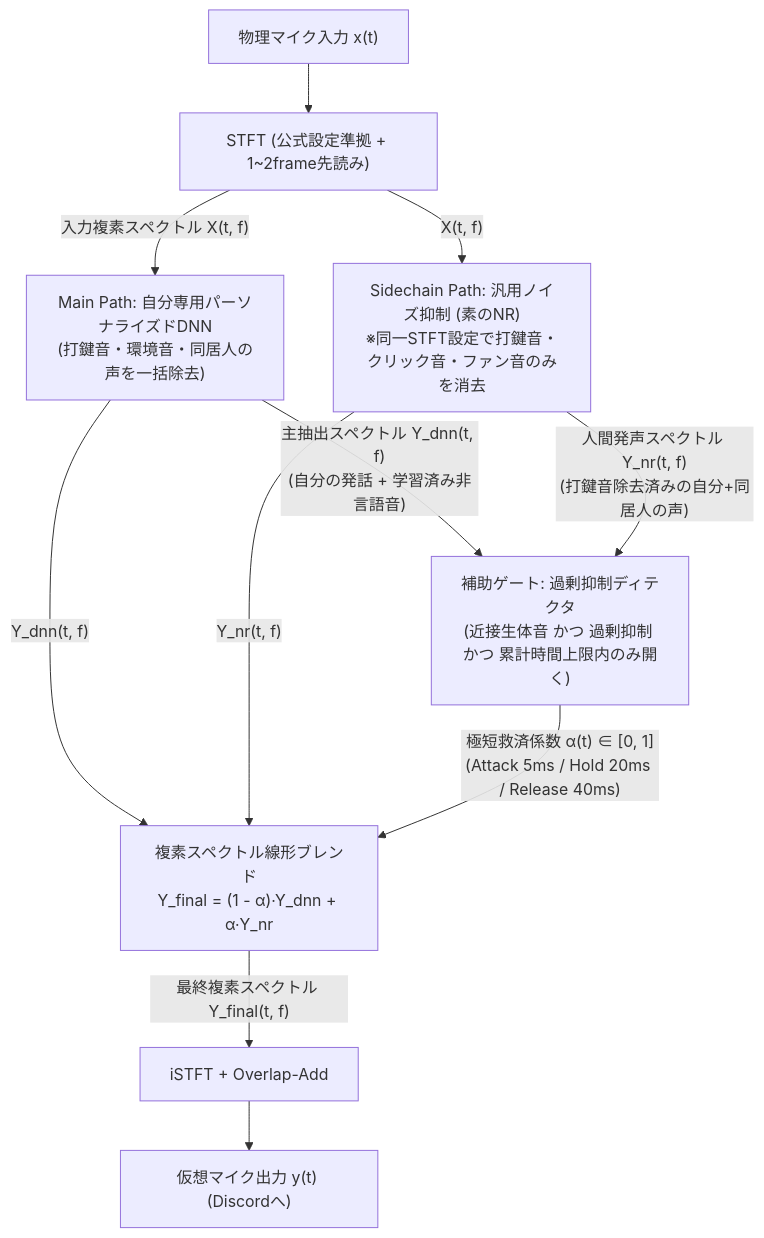
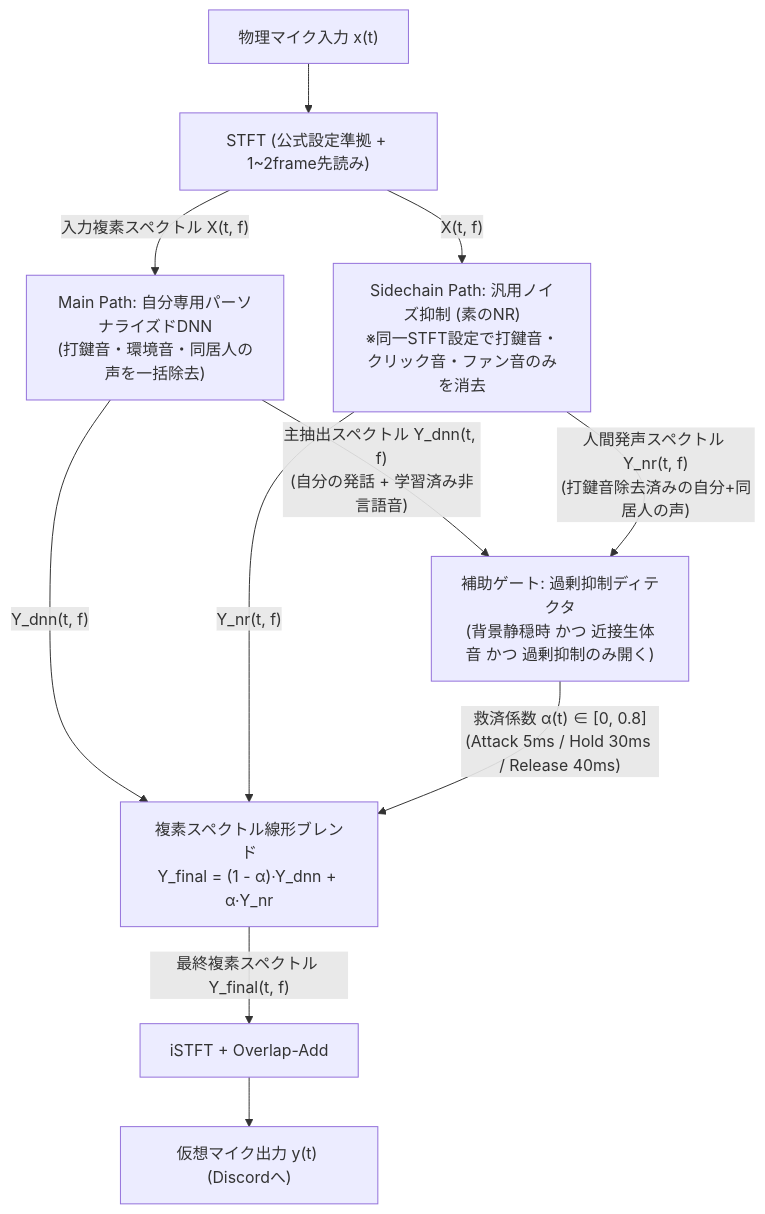
The diagram in docs/01_architecture.md (amemya/bubble-mic), drawn with Mermaid before and after one commit. The commit also changed other lines of this file and 3 other files, not shown here.

````diff
--- a/docs/01_architecture.md
+++ b/docs/01_architecture.md
@@ -24,18 +24,18 @@
 ```mermaid
 flowchart TD
     Mic["物理マイク入力 x(t)"] --> STFT["STFT (公式設定準拠 + 1~2frame先読み)"]
     
     STFT -->|"入力複素スペクトル X(t, f)"| MainDNN["Main Path: 自分専用パーソナライズドDNN\n(打鍵音・環境音・同居人の声を一括除去)"]
     
     STFT -->|"X(t, f)"| SideNR["Sidechain Path: 汎用ノイズ抑制 (素のNR)\n※同一STFT設定で打鍵音・クリック音・ファン音のみを消去"]
     
-    MainDNN -->|"主抽出スペクトル Y_dnn(t, f)\n(自分の発話 + 学習済み非言語音)"| Gate["補助ゲート: 過剰抑制ディテクタ\n(近接生体音 かつ 過剰抑制 かつ 累計時間上限内のみ開く)"]
+    MainDNN -->|"主抽出スペクトル Y_dnn(t, f)\n(自分の発話 + 学習済み非言語音)"| Gate["補助ゲート: 過剰抑制ディテクタ\n(背景静穏時 かつ 近接生体音 かつ 過剰抑制のみ開く)"]
     SideNR -->|"人間発声スペクトル Y_nr(t, f)\n(打鍵音除去済みの自分+同居人の声)"| Gate
     
     MainDNN -->|"Y_dnn(t, f)"| Blender["複素スペクトル線形ブレンド\nY_final = (1 - α)·Y_dnn + α·Y_nr"]
     SideNR -->|"Y_nr(t, f)"| Blender
-    Gate -->|"極短救済係数 α(t) ∈ [0, 1]\n(Attack 5ms / Hold 20ms / Release 40ms)"| Blender
+    Gate -->|"救済係数 α(t) ∈ [0, 0.8]\n(Attack 5ms / Hold 30ms / Release 40ms)"| Blender
 
     Blender -->|"最終複素スペクトル Y_final(t, f)"| ISTFT["iSTFT + Overlap-Add"]
     ISTFT --> VMic["仮想マイク出力 y(t) (Discordへ)"]
 ```
````
